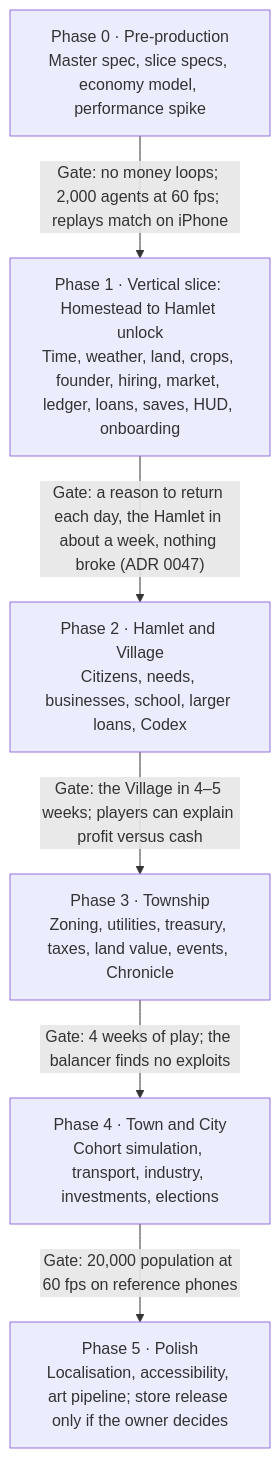
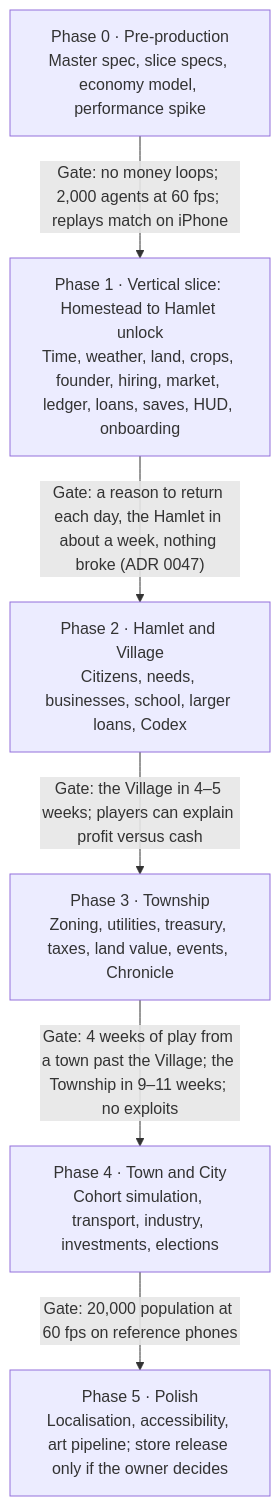
One commit to patel-keyur-18/farm-to-city changed the second of 2 diagrams in docs/GDD.md. Above: the diagram before and after it, drawn with Mermaid. The commit also changed other lines of this file and 34 other files, not shown here.

````diff
--- a/docs/GDD.md
+++ b/docs/GDD.md
@@ -1119,15 +1124,15 @@
 ```mermaid
 flowchart TB
     P0["Phase 0 · Pre-production<br/>Master spec, slice specs, economy model, performance spike"]
     P1["Phase 1 · Vertical slice: Homestead to Hamlet unlock<br/>Time, weather, land, crops, founder, hiring, market, ledger, loans, saves, HUD, onboarding"]
     P2["Phase 2 · Hamlet and Village<br/>Citizens, needs, businesses, school, larger loans, Codex"]
     P3["Phase 3 · Township<br/>Zoning, utilities, treasury, taxes, land value, events, Chronicle"]
     P4["Phase 4 · Town and City<br/>Cohort simulation, transport, industry, investments, elections"]
     P5["Phase 5 · Polish<br/>Localisation, accessibility, art pipeline; store release only if the owner decides"]
 
     P0 -->|"Gate: no money loops; 2,000 agents at 60 fps; replays match on iPhone"| P1
     P1 -->|"Gate: a reason to return each day, the Hamlet in about a week, nothing broke (ADR 0047)"| P2
     P2 -->|"Gate: the Village in 4–5 weeks; players can explain profit versus cash"| P3
-    P3 -->|"Gate: 4 weeks of play; the balancer finds no exploits"| P4
+    P3 -->|"Gate: 4 weeks of play from a town past the Village; the Township in 9–11 weeks; no exploits"| P4
     P4 -->|"Gate: 20,000 population at 60 fps on reference phones"| P5
 ```
````
